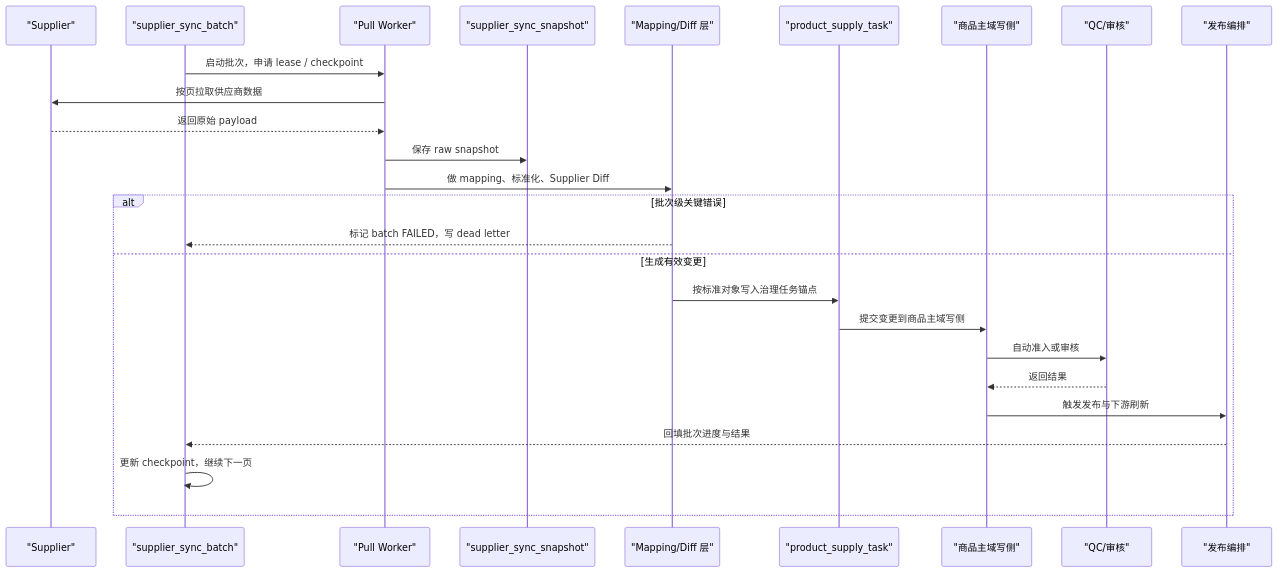
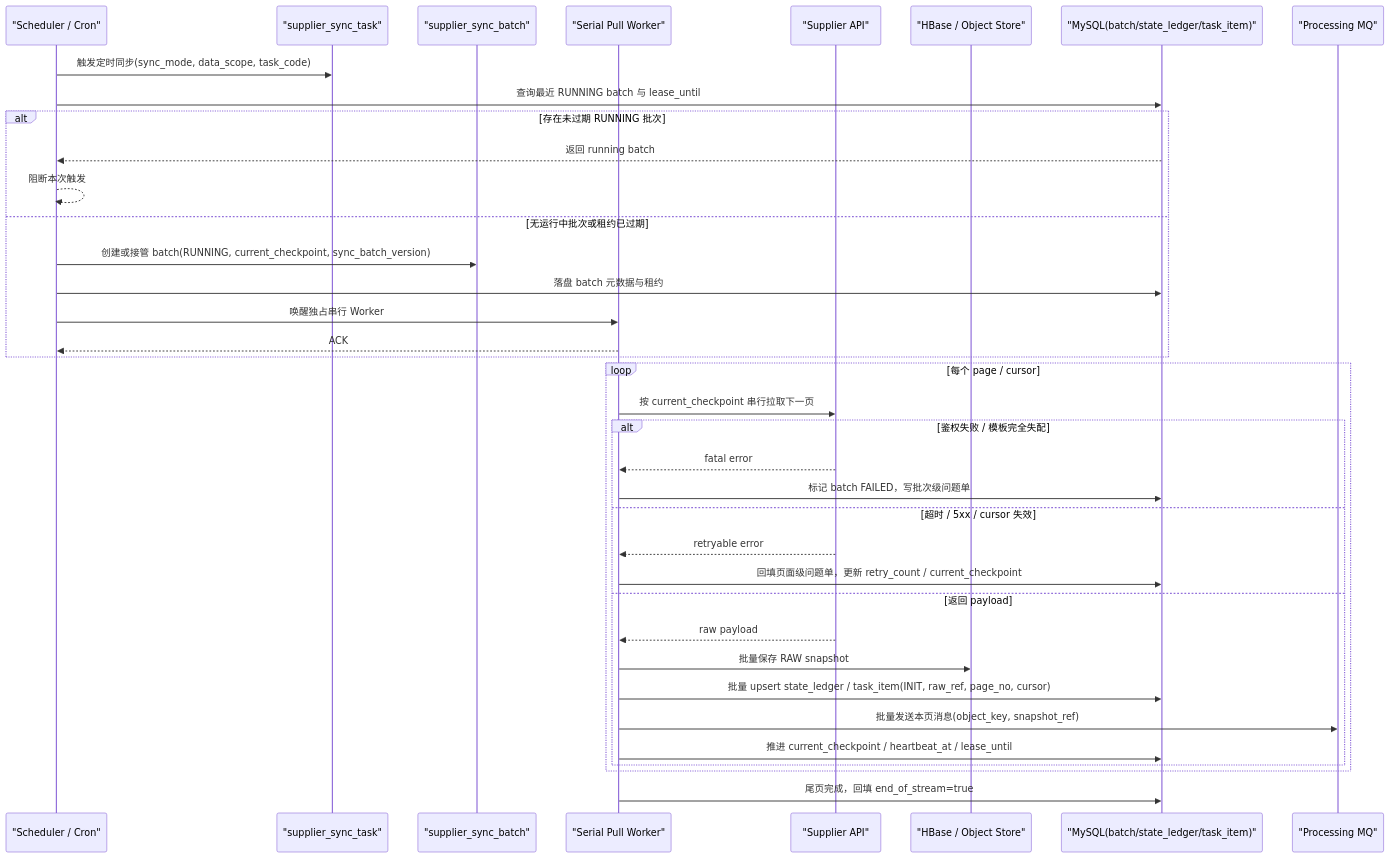
One commit to wxquare/wxquare.github.io changed diagram 13 of 17 in books/system-design-architecture-book/src/appendix/ecommerce-product-supply-inventory-lifecycle.md. Above: the diagram before and after it, drawn with Mermaid. The commit also changed other lines of this file and 1 other file, not shown here.

Commit message:
add code

````diff
--- a/books/system-design-architecture-book/src/appendix/ecommerce-product-supply-inventory-lifecycle.md
+++ b/books/system-design-architecture-book/src/appendix/ecommerce-product-supply-inventory-lifecycle.md
@@ -1009,29 +2096,42 @@
 ```mermaid
 sequenceDiagram
-    participant S as "Supplier"
-    participant B as "supplier_sync_batch"
-    participant PULL as "Pull Worker"
-    participant SNAP as "supplier_sync_snapshot"
-    participant MAP as "Mapping/Diff 层"
-    participant T as "product_supply_task"
-    participant P as "商品主域写侧"
-    participant Q as "QC/审核"
-    participant R as "发布编排"
+    participant SCH as "Scheduler / Cron"
+    participant ST as "supplier_sync_task"
+    participant SB as "supplier_sync_batch"
+    participant W as "Serial Pull Worker"
+    participant SUP as "Supplier API"
+    participant HDB as "HBase / Object Store"
+    participant MYSQL as "MySQL(batch/state_ledger/task_item)"
+    participant MQP as "Processing MQ"
 
-    B->>PULL: 启动批次，申请 lease / checkpoint
-    PULL->>S: 按页拉取供应商数据
-    S-->>PULL: 返回原始 payload
-    PULL->>SNAP: 保存 raw snapshot
-    PULL->>MAP: 做 mapping、标准化、Supplier Diff
-    alt 批次级关键错误
-        MAP-->>B: 标记 batch FAILED，写 dead letter
-    else 生成有效变更
-        MAP->>T: 按标准对象写入治理任务锚点
-        T->>P: 提交变更到商品主域写侧
-        P->>Q: 自动准入或审核
-        Q-->>P: 返回结果
-        P->>R: 触发发布与下游刷新
-        R-->>B: 回填批次进度与结果
-        B->>B: 更新 checkpoint，继续下一页
+    SCH->>ST: 触发定时同步(sync_mode, data_scope, task_code)
+    SCH->>MYSQL: 查询最近 RUNNING batch 与 lease_until
+    alt 存在未过期 RUNNING 批次
+        MYSQL-->>SCH: 返回 running batch
+        SCH-->>SCH: 阻断本次触发
+    else 无运行中批次或租约已过期
+        SCH->>SB: 创建或接管 batch(RUNNING, current_checkpoint, sync_batch_version)
+        SCH->>MYSQL: 落盘 batch 元数据与租约
+        SCH->>W: 唤醒独占串行 Worker
+        W-->>SCH: ACK
     end
+
+    loop 每个 page / cursor
+        W->>SUP: 按 current_checkpoint 串行拉取下一页
+        alt 鉴权失败 / 模板完全失配
+            SUP-->>W: fatal error
+            W->>MYSQL: 标记 batch FAILED，写批次级问题单
+        else 超时 / 5xx / cursor 失效
+            SUP-->>W: retryable error
+            W->>MYSQL: 回填页面级问题单，更新 retry_count / current_checkpoint
+        else 返回 payload
+            SUP-->>W: raw payload
+            W->>HDB: 批量保存 RAW snapshot
+            W->>MYSQL: 批量 upsert state_ledger / task_item(INIT, raw_ref, page_no, cursor)
+            W->>MQP: 批量发送本页消息(object_key, snapshot_ref)
+            W->>MYSQL: 推进 current_checkpoint / heartbeat_at / lease_until
+        end
+    end
+
+    W->>MYSQL: 尾页完成，回填 end_of_stream=true
 ```
````
